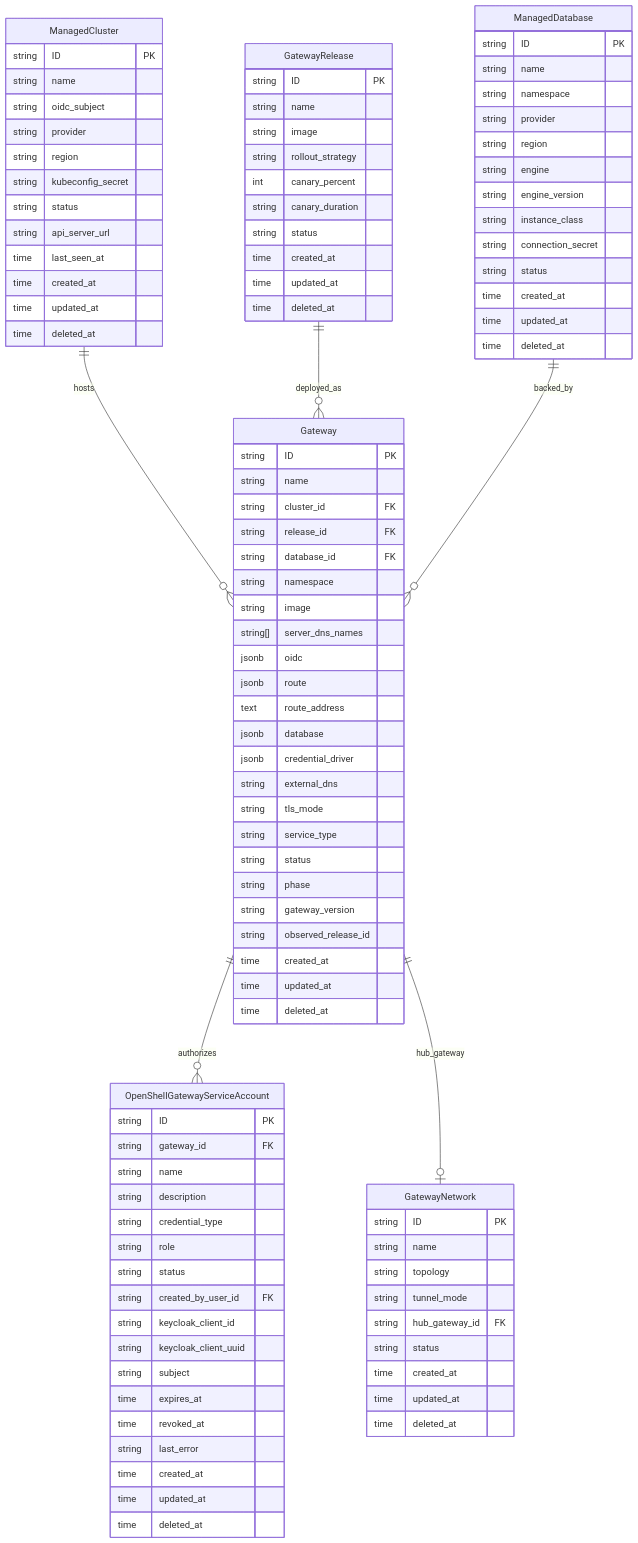
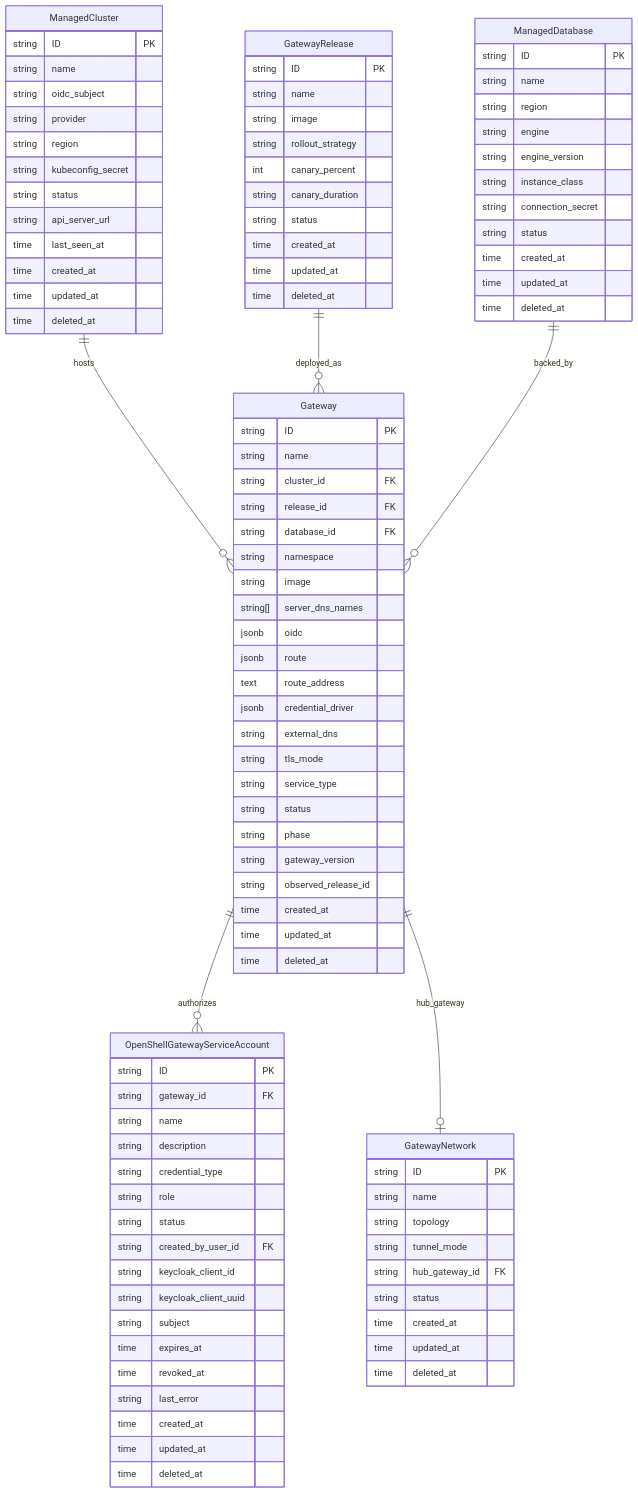
The diagram in specs/platform/data-model.spec.md (jonmosco/hypershell), drawn with Mermaid before and after one commit. The commit also changed other lines of this file and 148 other files, not shown here.

```diff
--- a/specs/platform/data-model.spec.md
+++ b/specs/platform/data-model.spec.md
@@ -41,8 +41,6 @@
     ManagedDatabase {
         string ID PK
         string name
-        string namespace
-        string provider
         string region
         string engine
         string engine_version
@@ -79,7 +77,6 @@
         jsonb oidc
         jsonb route
         text route_address
-        jsonb database
         jsonb credential_driver
         string external_dns
         string tls_mode
```
